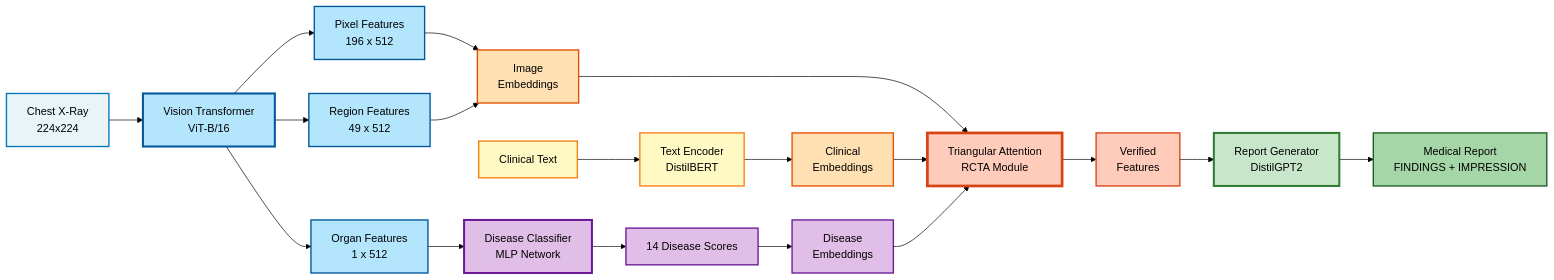
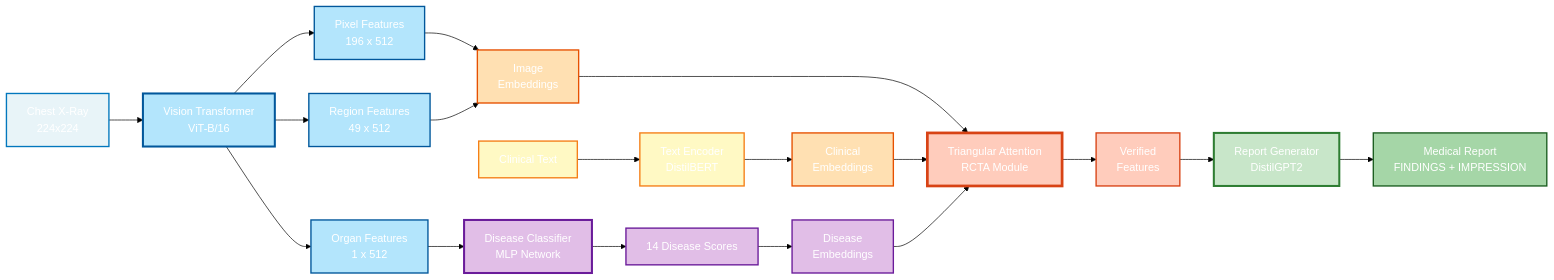
Before and after one commit to a-zax/monikabhati2005: the diagram in PS_2_Cognitive_Radiology_Report/README.md, drawn with Mermaid (forest theme).

Commit message:
feat: Add initial project structure for the Cognitive Radiology Assistant project, including its README, setup scripts, and submission-related files.

````diff
--- a/PS_2_Cognitive_Radiology_Report/README.md
+++ b/PS_2_Cognitive_Radiology_Report/README.md
@@ -19,48 +19,48 @@
 ```mermaid
 flowchart LR
     A[Chest X-Ray<br/>224x224] --> B[Vision Transformer<br/>ViT-B/16]
     
     B --> C1[Pixel Features<br/>196 x 512]
     B --> C2[Region Features<br/>49 x 512]
     B --> C3[Organ Features<br/>1 x 512]
     
     C3 --> D[Disease Classifier<br/>MLP Network]
     D --> E[14 Disease Scores]
     
     C1 --> F[Image<br/>Embeddings]
     C2 --> F
     
     G[Clinical Text] --> H[Text Encoder<br/>DistilBERT]
     H --> I[Clinical<br/>Embeddings]
     
     E --> J[Disease<br/>Embeddings]
     
     F --> K[Triangular Attention<br/>RCTA Module]
     I --> K
     J --> K
     
     K --> L[Verified<br/>Features]
     L --> M[Report Generator<br/>DistilGPT2]
     M --> N[Medical Report<br/>FINDINGS + IMPRESSION]
     
-    style A fill:#E8F4F8,stroke:#0277BD,stroke-width:2px
-    style B fill:#B3E5FC,stroke:#01579B,stroke-width:3px
-    style C1 fill:#B3E5FC,stroke:#01579B,stroke-width:2px
-    style C2 fill:#B3E5FC,stroke:#01579B,stroke-width:2px
-    style C3 fill:#B3E5FC,stroke:#01579B,stroke-width:2px
+    style A fill:#E8F4F8,stroke:#0277BD,stroke-width:2px,color:#fff
+    style B fill:#B3E5FC,stroke:#01579B,stroke-width:3px,color:#fff
+    style C1 fill:#B3E5FC,stroke:#01579B,stroke-width:2px,color:#fff
+    style C2 fill:#B3E5FC,stroke:#01579B,stroke-width:2px,color:#fff
+    style C3 fill:#B3E5FC,stroke:#01579B,stroke-width:2px,color:#fff
     
-    style D fill:#E1BEE7,stroke:#6A1B9A,stroke-width:3px
-    style E fill:#E1BEE7,stroke:#6A1B9A,stroke-width:2px
+    style D fill:#E1BEE7,stroke:#6A1B9A,stroke-width:3px,color:#fff
+    style E fill:#E1BEE7,stroke:#6A1B9A,stroke-width:2px,color:#fff
     
-    style F fill:#FFE0B2,stroke:#E65100,stroke-width:2px
-    style G fill:#FFF9C4,stroke:#F57F17,stroke-width:2px
-    style H fill:#FFF9C4,stroke:#F57F17,stroke-width:2px
-    style I fill:#FFE0B2,stroke:#E65100,stroke-width:2px
-    style J fill:#E1BEE7,stroke:#6A1B9A,stroke-width:2px
+    style F fill:#FFE0B2,stroke:#E65100,stroke-width:2px,color:#fff
+    style G fill:#FFF9C4,stroke:#F57F17,stroke-width:2px,color:#fff
+    style H fill:#FFF9C4,stroke:#F57F17,stroke-width:2px,color:#fff
+    style I fill:#FFE0B2,stroke:#E65100,stroke-width:2px,color:#fff
+    style J fill:#E1BEE7,stroke:#6A1B9A,stroke-width:2px,color:#fff
     
-    style K fill:#FFCCBC,stroke:#D84315,stroke-width:4px
-    style L fill:#FFCCBC,stroke:#D84315,stroke-width:2px
+    style K fill:#FFCCBC,stroke:#D84315,stroke-width:4px,color:#fff
+    style L fill:#FFCCBC,stroke:#D84315,stroke-width:2px,color:#fff
     
-    style M fill:#C8E6C9,stroke:#2E7D32,stroke-width:3px
-    style N fill:#A5D6A7,stroke:#1B5E20,stroke-width:2px
+    style M fill:#C8E6C9,stroke:#2E7D32,stroke-width:3px,color:#fff
+    style N fill:#A5D6A7,stroke:#1B5E20,stroke-width:2px,color:#fff
 ```
````
